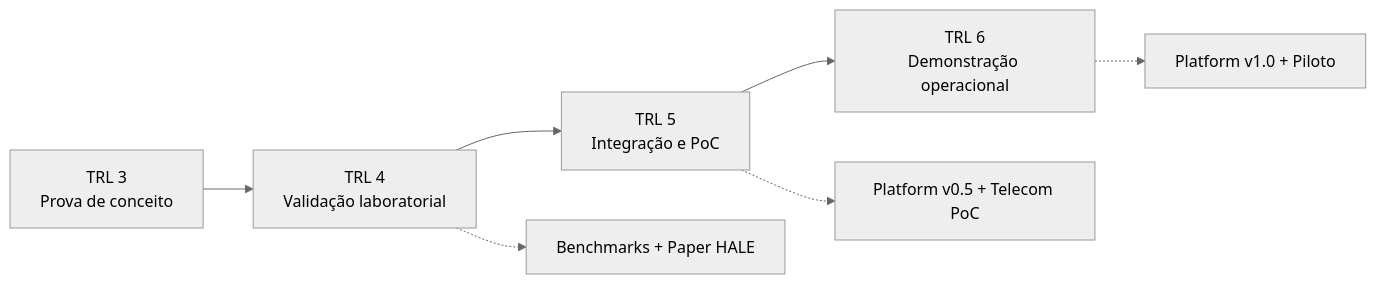
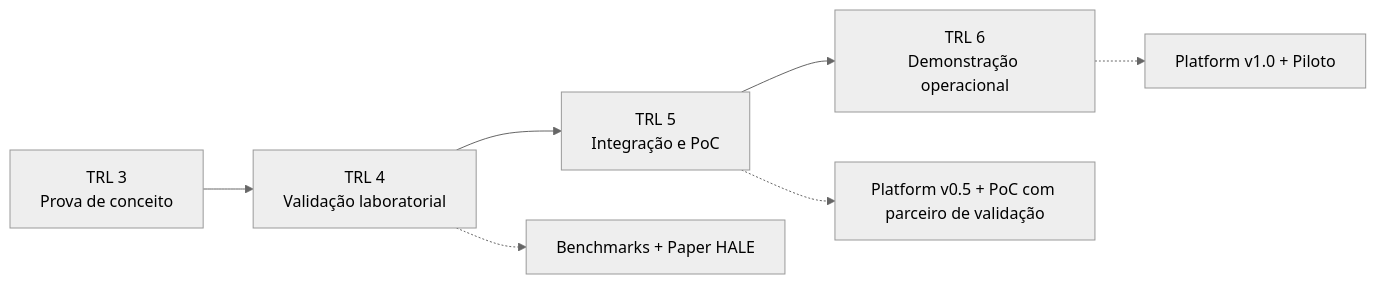
Before and after one commit to guilherme-machado-ceo/hubstry-security: the diagram in roadmap/2026-2027.md, drawn with Mermaid (neutral theme). The commit also changed other lines of this file and 9 other files, not shown here.

````diff
--- a/roadmap/2026-2027.md
+++ b/roadmap/2026-2027.md
@@ -14,9 +18,9 @@
 ```mermaid
 flowchart LR
     A[TRL 3<br/>Prova de conceito] --> B[TRL 4<br/>Validação laboratorial]
     B --> C[TRL 5<br/>Integração e PoC]
     C --> D[TRL 6<br/>Demonstração operacional]
     B -.-> B1[Benchmarks + Paper HALE]
-    C -.-> C1[Platform v0.5 + Telecom PoC]
+    C -.-> C1[Platform v0.5 + PoC com parceiro de validação]
     D -.-> D1[Platform v1.0 + Piloto]
 ```
````
